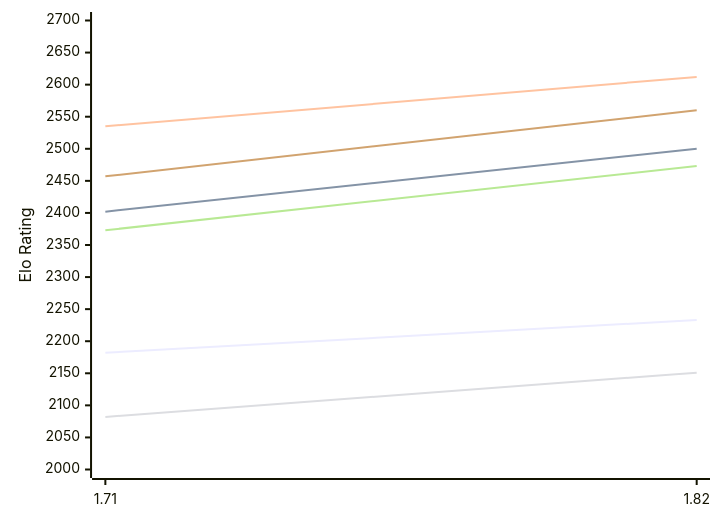
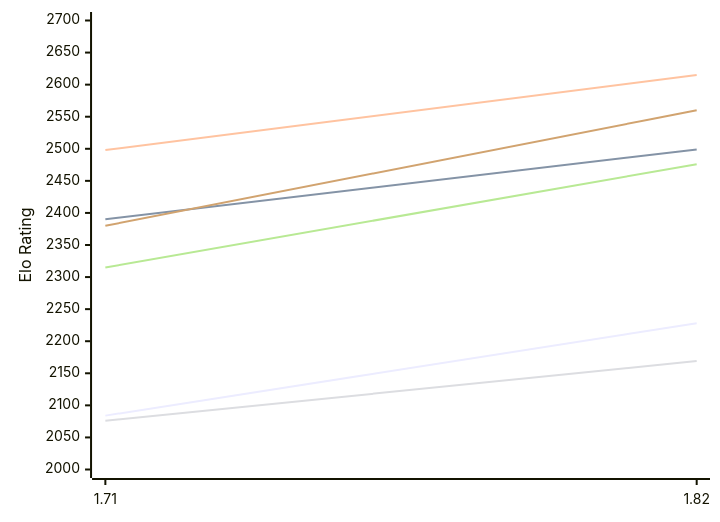
One commit to computer-chess-index/cci changed the first of 2 diagrams in engines/Amira.md. Above: the diagram before and after it, drawn with Mermaid. The commit also changed other lines of this file, not shown here.

Commit message:
Update CCI Ratings (ELO VLTC) - 2026-11-15

````diff
--- a/engines/Amira.md
+++ b/engines/Amira.md
@@ -50,12 +50,12 @@
 ```mermaid
 %%{init: {"theme":"base","themeVariables":{"seriesColors:['#a3a3a3','#222221','#faa371']}}}%%
 xychart-beta
   x-axis ["1.71", "1.82"]
   y-axis "Elo Rating" 2000 --> 2700
-  line "E1: STC (8.0+0.08s)" [2182, 2233]
-  line "E1: LTC (60.0+0.60s)" [2402, 2500]
-  line "E1: VLTC (2m24s+1.12s)" [2535, 2612]
-  line "P1: STC (8.0+0.08s)" [2082, 2151]
-  line "P1: LTC (60.0+0.60s)" [2373, 2473]
-  line "P1: VLTC (2m24s+1.12s)" [2457, 2560]
+  line "E1: STC (8.0+0.08s)" [2084, 2228]
+  line "E1: LTC (60.0+0.60s)" [2390, 2499]
+  line "E1: VLTC (2m24s+1.12s)" [2498, 2615]
+  line "P1: STC (8.0+0.08s)" [2076, 2169]
+  line "P1: LTC (60.0+0.60s)" [2315, 2476]
+  line "P1: VLTC (2m24s+1.12s)" [2380, 2560]
 ```
````
